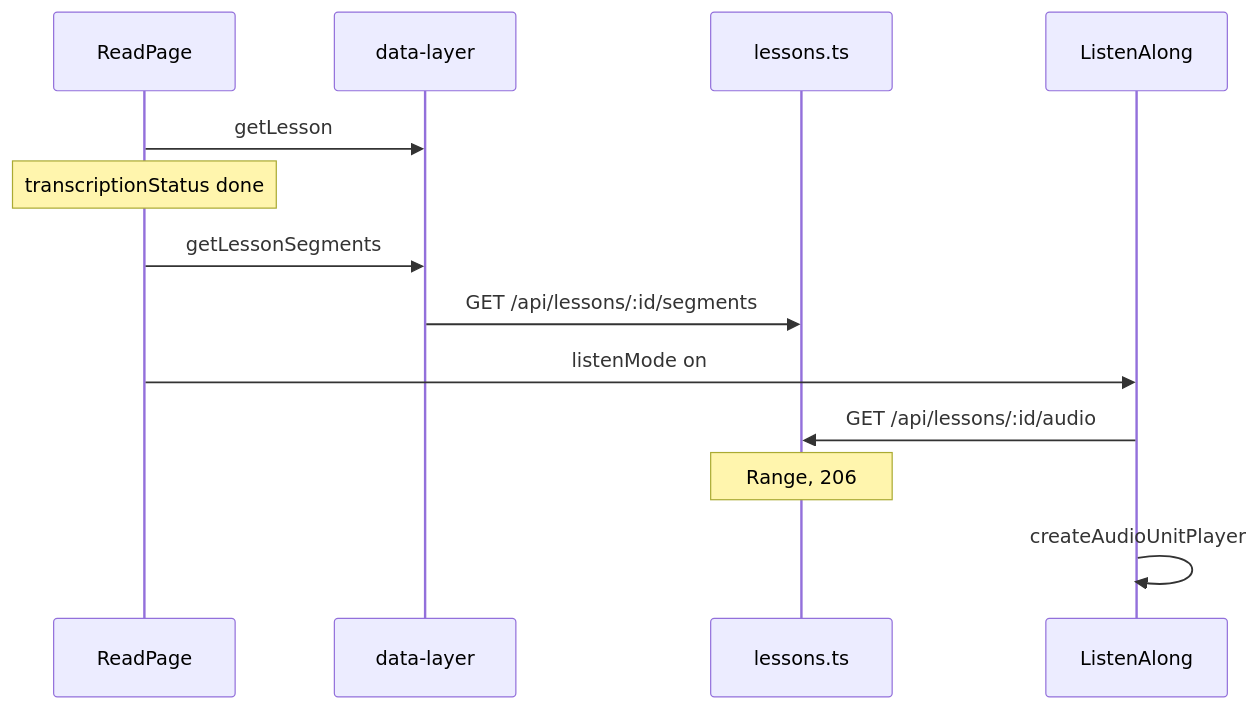
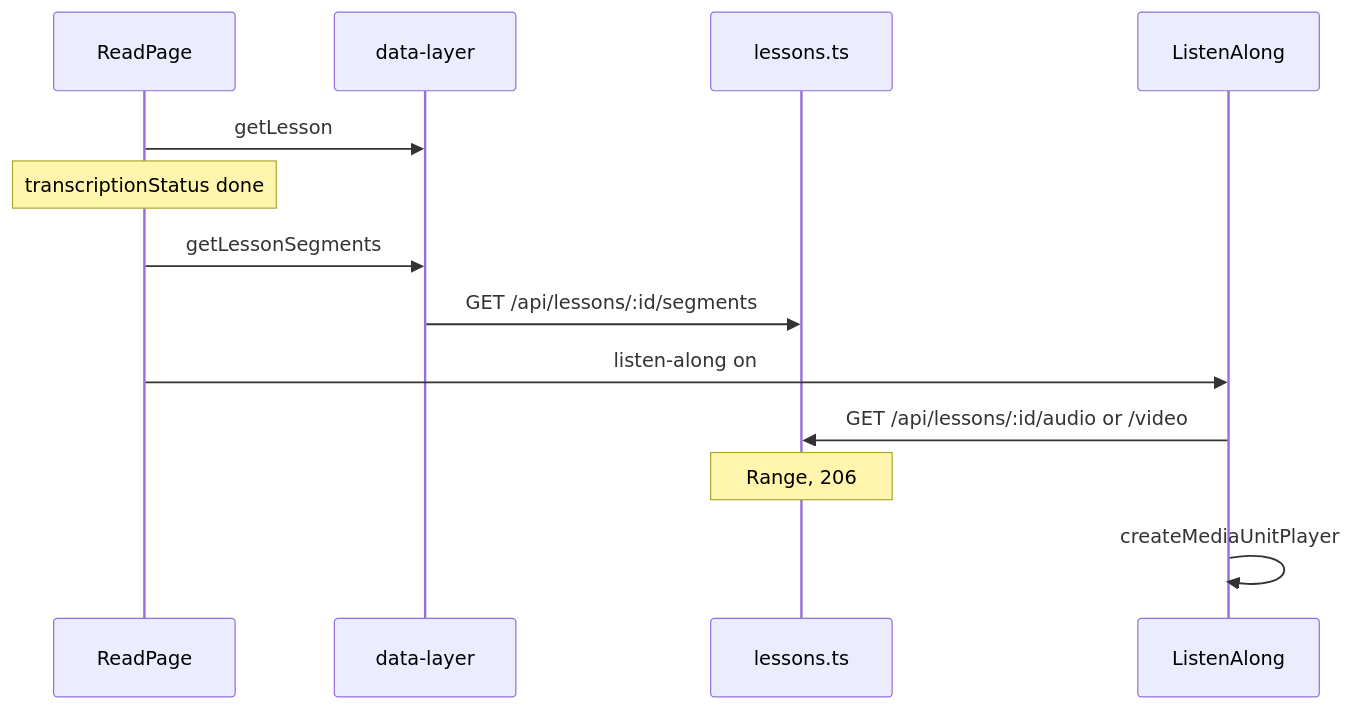
Before and after one commit to k0uneli/lector-gluepatch: the second of 2 diagrams in docs/flows/listen.md, drawn with Mermaid. The commit also changed other lines of this file and 17 other files, not shown here.

Commit message:
merged logic for adding cards/video/audio player

````diff
--- a/docs/flows/listen.md
+++ b/docs/flows/listen.md
@@ -47,16 +47,16 @@
 ```mermaid
 sequenceDiagram
   participant Read as ReadPage
   participant DL as data-layer
   participant API as lessons.ts
   participant Player as ListenAlong
 
   Read->>DL: getLesson
   Note over Read: transcriptionStatus done
   Read->>DL: getLessonSegments
   DL->>API: GET /api/lessons/:id/segments
-  Read->>Player: listenMode on
-  Player->>API: GET /api/lessons/:id/audio
+  Read->>Player: listen-along on
+  Player->>API: GET /api/lessons/:id/audio or /video
   Note over API: Range, 206
-  Player->>Player: createAudioUnitPlayer
+  Player->>Player: createMediaUnitPlayer
 ```
````
